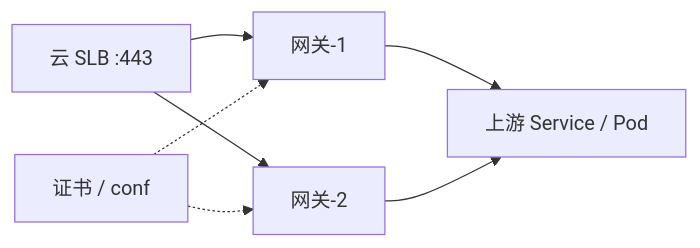
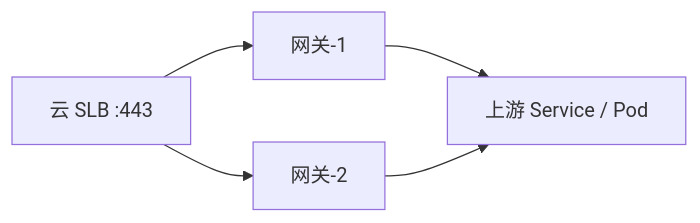
Before and after one commit to ml-cuizijun/LearnToLilith: the ninth of 10 diagrams in 02-中间件与数据库/09-API网关与服务治理/知识点.md, drawn with Mermaid. The commit also changed other lines of this file and 178 other files, not shown here.

````diff
--- a/02-中间件与数据库/09-API网关与服务治理/知识点.md
+++ b/02-中间件与数据库/09-API网关与服务治理/知识点.md
@@ -514,12 +368,7 @@
 ```mermaid
 flowchart LR
     slb[云 SLB :443] --> n1[网关-1]
     slb --> n2[网关-2]
     n1 --> up[上游 Service / Pod]
     n2 --> up
-    pki[证书 / conf] -.-> n1
-    pki -.-> n2
-
-    class slb,n1,n2 a
-    class up,pki b
 ```
````
